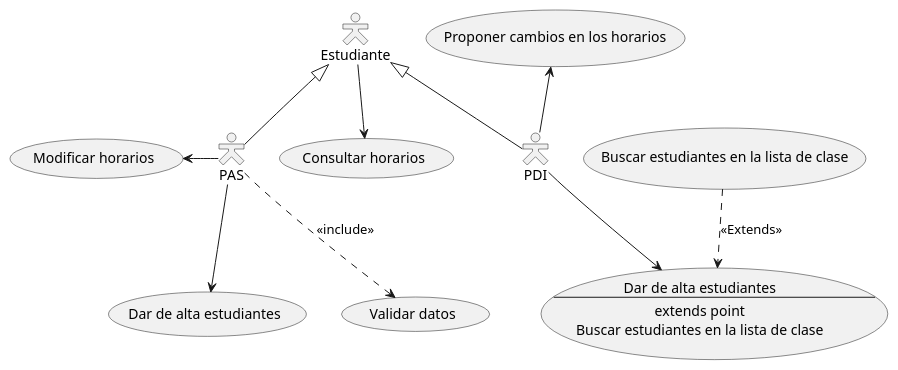
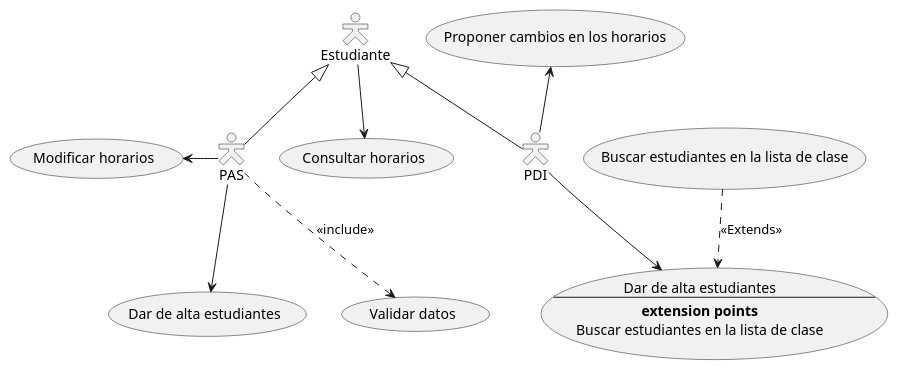
Before and after one commit to it557/INRE-UAL-BLANCO-2022: the diagram in lab0/src/horarios.puml, drawn with PlantUML. The commit also changed 3 other files, not shown here.

```diff
--- a/lab0/src/horarios.puml
+++ b/lab0/src/horarios.puml
@@ -1,16 +1,16 @@
 @startuml	
 skinparam actorStyle Hollow
 :Estudiante: --> (Consultar horarios)
 :PDI: -up-> (Proponer cambios en los horarios)
 :PAS: -left-> (Modificar horarios)
 :PAS: -down-> (Dar de alta estudiantes)
 Estudiante <|-- PAS
 Estudiante <|-- PDI
 :PAS: ..>(Validar datos) : <<include>>
 usecase UC1 as "Dar de alta estudiantes
 --
-extends point
+**extension points**
 Buscar estudiantes en la lista de clase"
 :PDI: --> (UC1)
 (Buscar estudiantes en la lista de clase) ..> (UC1) : <<Extends>>
 @enduml
```
